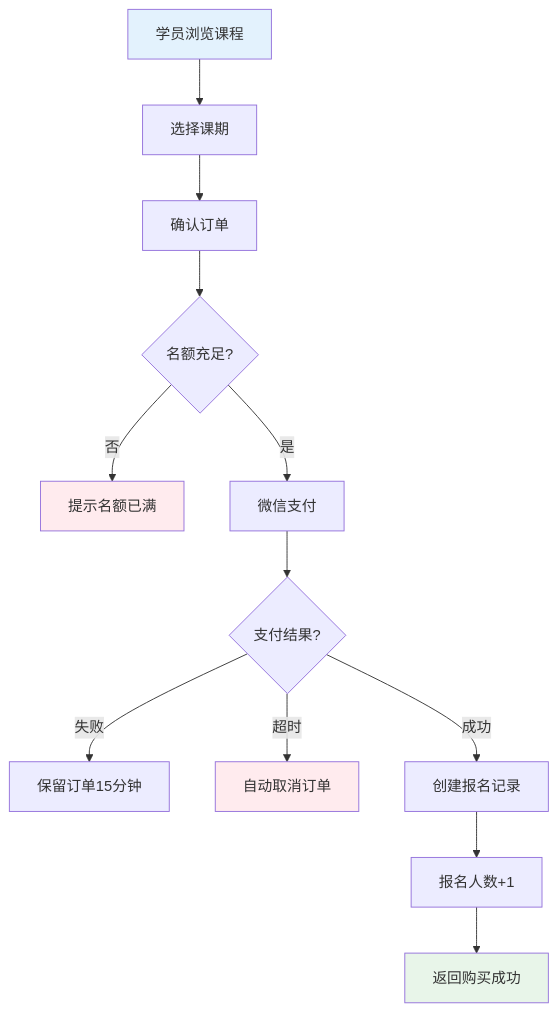
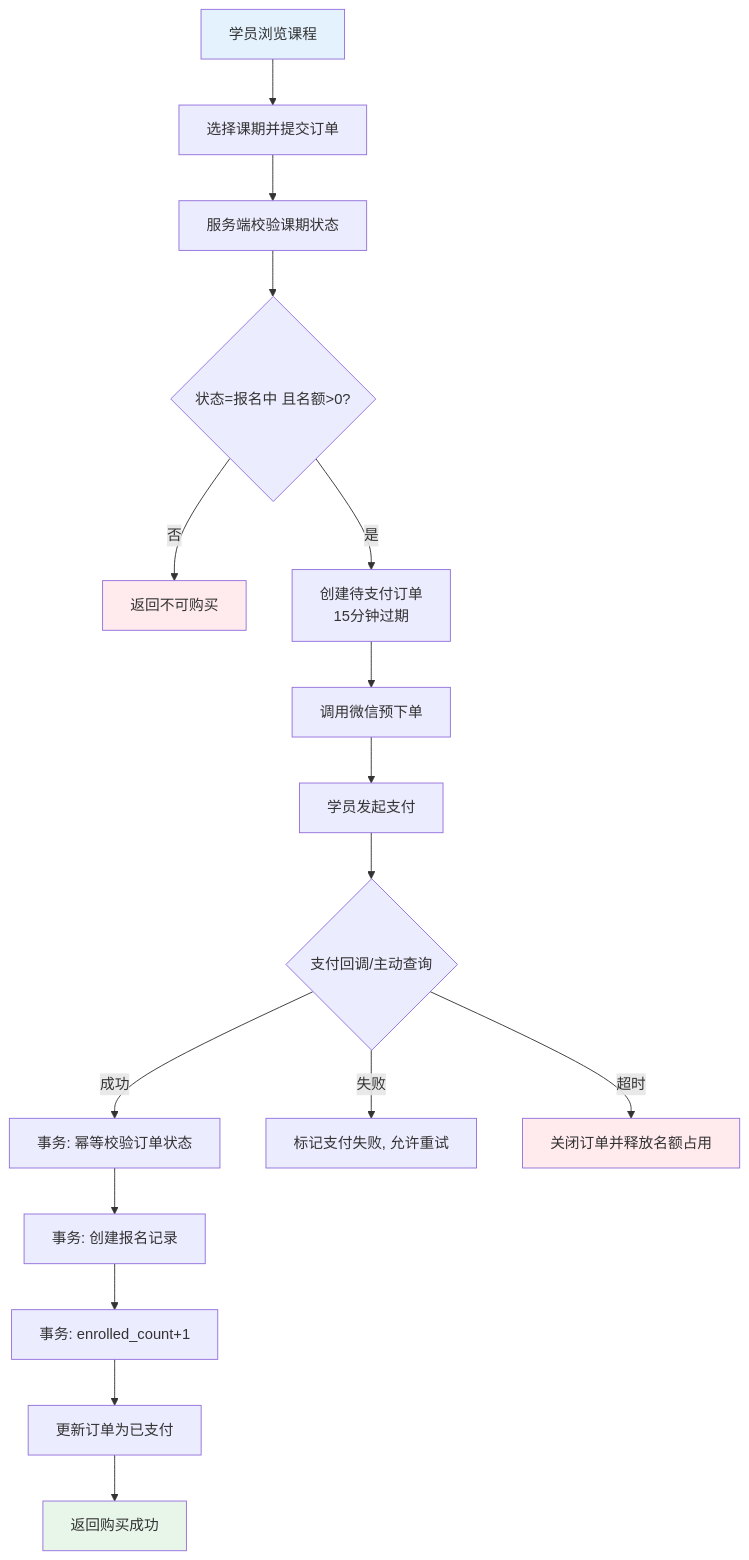
One commit to zingxy/side-job changed the fourth of 7 diagrams in 课程培训平台/PRD.md. Above: the diagram before and after it, drawn with Mermaid. The commit also changed other lines of this file, not shown here.

````diff
--- a/课程培训平台/PRD.md
+++ b/课程培训平台/PRD.md
@@ -366,19 +468,23 @@
 ```mermaid
 flowchart TD
-    A[学员浏览课程] --> B[选择课期]
-    B --> C[确认订单]
-    C --> D{名额充足?}
-    D -->|否| E[提示名额已满]
-    D -->|是| F[微信支付]
-    F --> G{支付结果?}
-    G -->|失败| H[保留订单15分钟]
-    G -->|超时| I[自动取消订单]
-    G -->|成功| J[创建报名记录]
-    J --> K[报名人数+1]
-    K --> L[返回购买成功]
+    A[学员浏览课程] --> B[选择课期并提交订单]
+    B --> C[服务端校验课期状态]
+    C --> D{状态=报名中 且名额>0?}
+    D -->|否| E[返回不可购买]
+    D -->|是| F[创建待支付订单<br/>15分钟过期]
+    F --> G[调用微信预下单]
+    G --> H[学员发起支付]
+    H --> I{支付回调/主动查询}
+    I -->|成功| J[事务: 幂等校验订单状态]
+    J --> K[事务: 创建报名记录]
+    K --> L[事务: enrolled_count+1]
+    L --> M[更新订单为已支付]
+    I -->|失败| N[标记支付失败, 允许重试]
+    I -->|超时| O[关闭订单并释放名额占用]
+    M --> P[返回购买成功]
 
     style A fill:#e3f2fd
-    style L fill:#e8f5e9
+    style P fill:#e8f5e9
     style E fill:#ffebee
-    style I fill:#ffebee
+    style O fill:#ffebee
 ```
````
